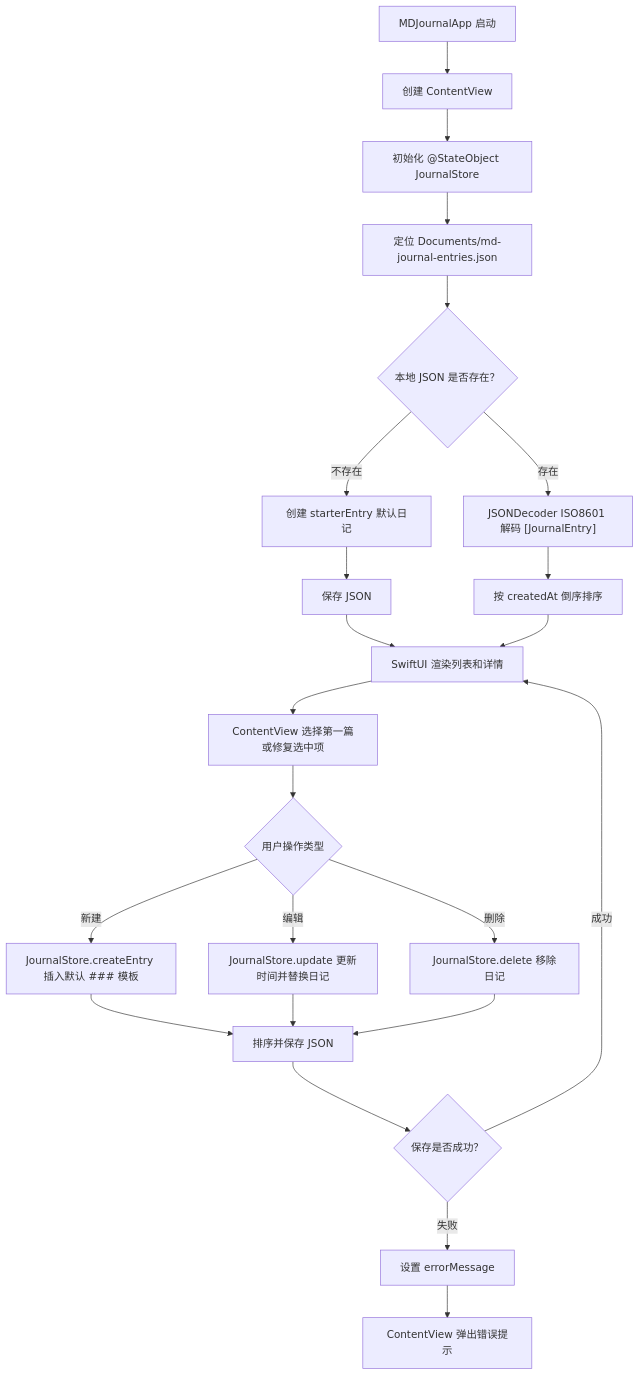
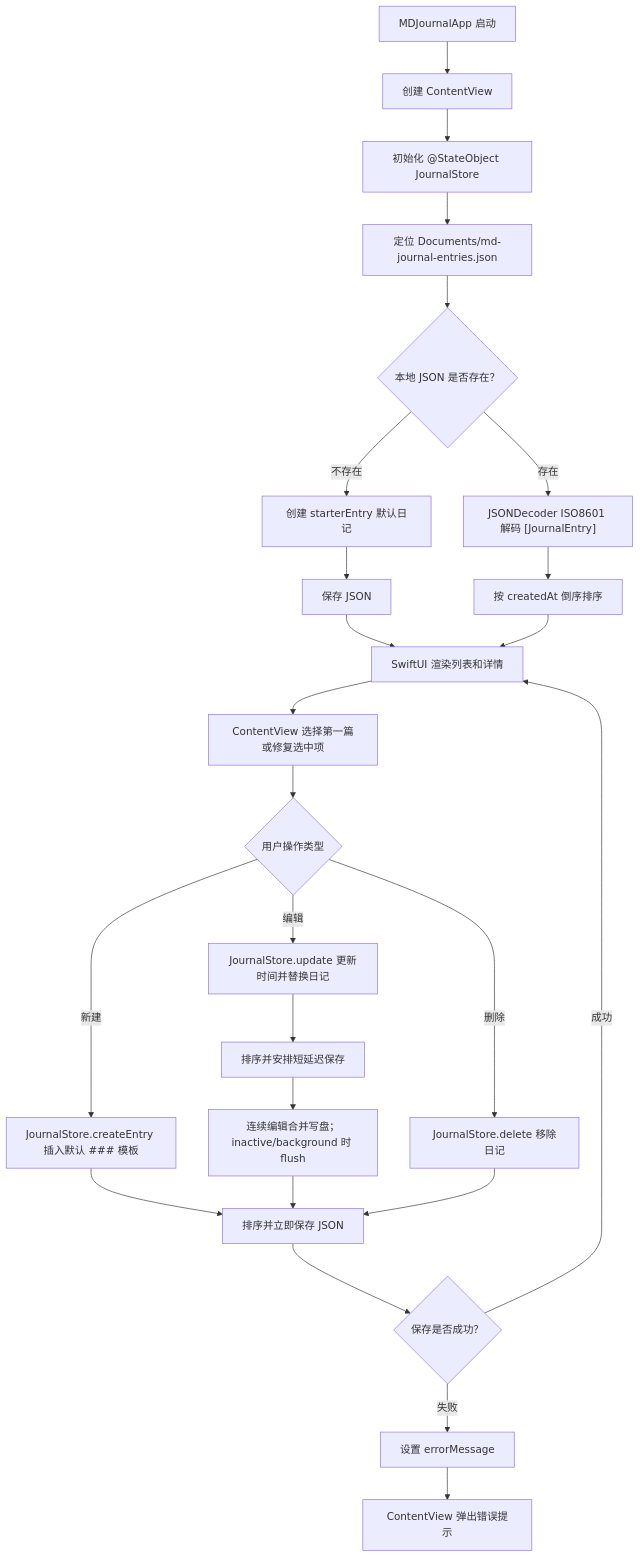
One commit to Altman-sam114/117 changed the second of 5 diagrams in md/flow/flowchart.md. Above: the diagram before and after it, drawn with Mermaid. The commit also changed 10 other files, not shown here.

````diff
--- a/md/flow/flowchart.md
+++ b/md/flow/flowchart.md
@@ -35,25 +35,27 @@
 ```mermaid
 flowchart TD
   App["MDJournalApp 启动"] --> Content["创建 ContentView"]
   Content --> InitStore["初始化 @StateObject JournalStore"]
   InitStore --> Locate["定位 Documents/md-journal-entries.json"]
   Locate --> Exists{"本地 JSON 是否存在？"}
   Exists -- "不存在" --> Starter["创建 starterEntry 默认日记"]
   Starter --> SaveA["保存 JSON"]
   Exists -- "存在" --> Decode["JSONDecoder ISO8601 解码 [JournalEntry]"]
   Decode --> SortA["按 createdAt 倒序排序"]
   SaveA --> Render["SwiftUI 渲染列表和详情"]
   SortA --> Render
   Render --> Select["ContentView 选择第一篇或修复选中项"]
   Select --> Edit{"用户操作类型"}
   Edit -- "新建" --> Create["JournalStore.createEntry 插入默认 ### 模板"]
   Edit -- "编辑" --> Update["JournalStore.update 更新时间并替换日记"]
   Edit -- "删除" --> Delete["JournalStore.delete 移除日记"]
-  Create --> SortSave["排序并保存 JSON"]
-  Update --> SortSave
+  Create --> SortSave["排序并立即保存 JSON"]
+  Update --> DebouncedSave["排序并安排短延迟保存"]
+  DebouncedSave --> Flush["连续编辑合并写盘；inactive/background 时 flush"]
+  Flush --> SortSave
   Delete --> SortSave
   SortSave --> OK{"保存是否成功？"}
   OK -- "成功" --> Render
   OK -- "失败" --> SaveError["设置 errorMessage"]
   SaveError --> Alert["ContentView 弹出错误提示"]
 ```
````
